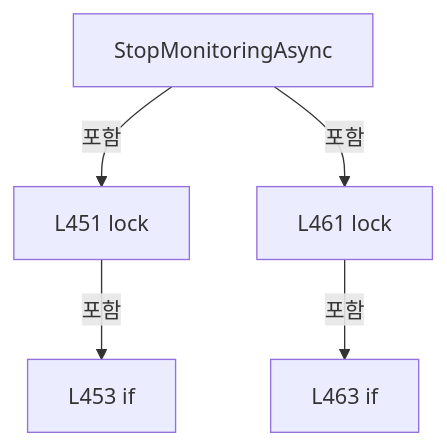
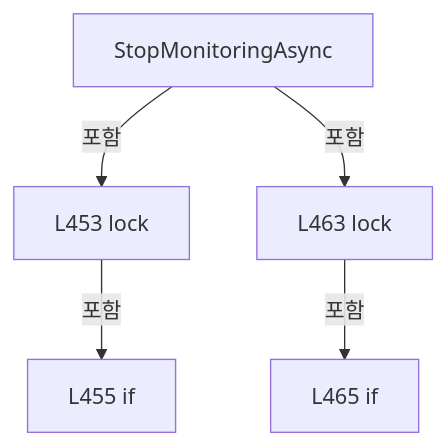
Diagram 17 of 21 in A3 LD Code Ref/files/Drilling.Common/Alarm/CAlarmManager.cs.md (kjuws10-rgb/Shared), drawn with Mermaid before and after one commit. The commit also changed other lines of this file and 2071 other files, not shown here.

Commit message:
docs(a3): update 11.19.0 architecture and code reference

````diff
--- a/A3 LD Code Ref/files/Drilling.Common/Alarm/CAlarmManager.cs.md
+++ b/A3 LD Code Ref/files/Drilling.Common/Alarm/CAlarmManager.cs.md
@@ -2384,12 +2384,12 @@
 ```mermaid
 flowchart TD
  M["StopMonitoringAsync"]
- N0["L451 lock"]
+ N0["L453 lock"]
  M -->|포함| N0
- N1["L453 if"]
+ N1["L455 if"]
  N0 -->|포함| N1
- N2["L461 lock"]
+ N2["L463 lock"]
  M -->|포함| N2
- N3["L463 if"]
+ N3["L465 if"]
  N2 -->|포함| N3
 ```
````
